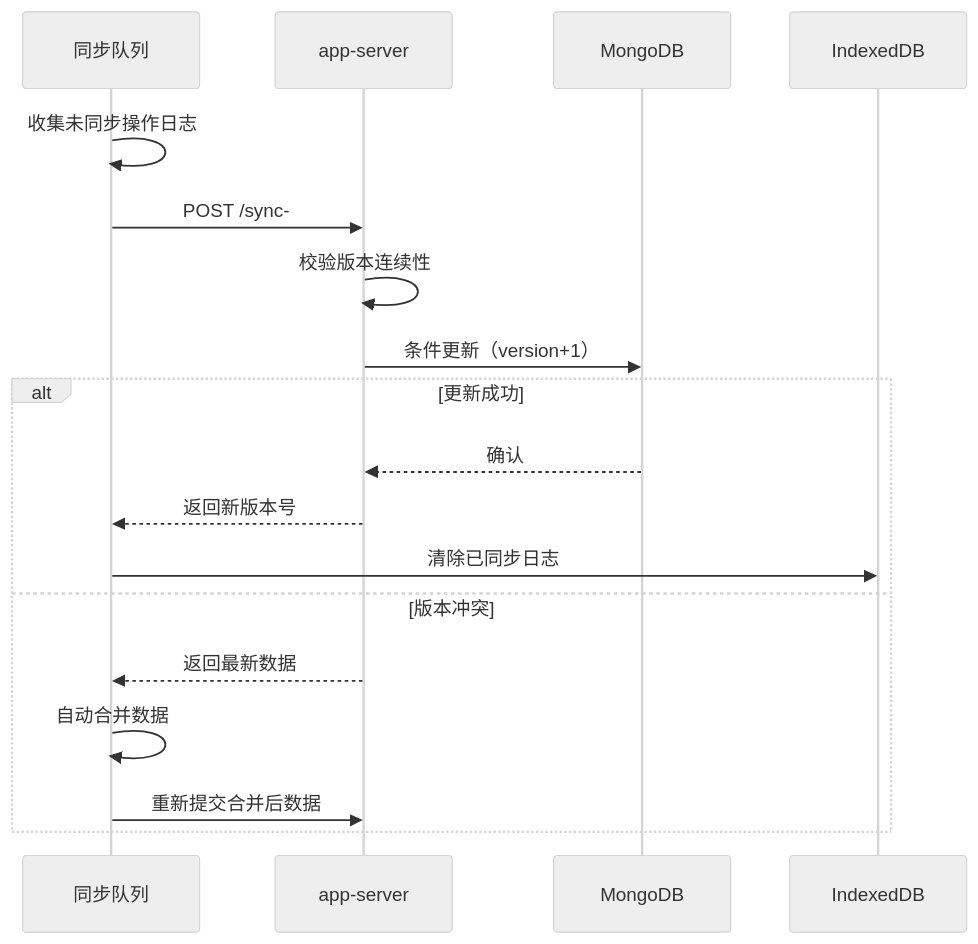
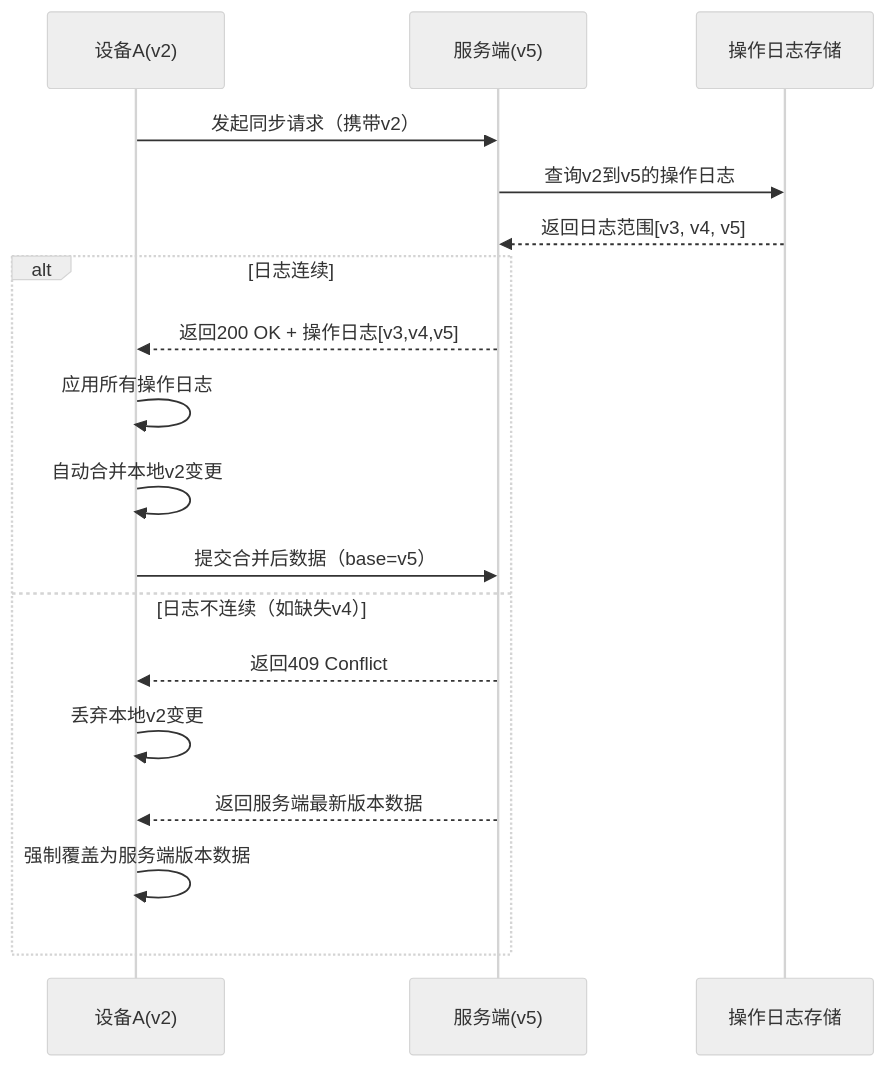
One commit to yingjianzh/iodraw-files changed the diagram in all/未命名-24.md. Above: the diagram before and after it, drawn with Mermaid (neutral theme).

Commit message:
2025-02-24 16:25:17 update

````diff
--- a/all/未命名-24.md
+++ b/all/未命名-24.md
@@ -1,23 +1,26 @@
 ```mermaid
 
 sequenceDiagram
-    participant 同步队列
-    participant app-server
-    participant MongoDB
+    participant A as 设备A(v2)
+    participant S as 服务端(v5)
+    participant DB as 操作日志存储
 
 
-    同步队列->>同步队列: 收集未同步操作日志
-    同步队列->>app-server: POST /sync-
-    app-server->>app-server: 校验版本连续性
-    app-server->>MongoDB: 条件更新（version+1）
-    alt 更新成功
-        MongoDB-->>app-server: 确认
-        app-server-->>同步队列: 返回新版本号
-        同步队列->>IndexedDB: 清除已同步日志
-    else 版本冲突
-        app-server-->>同步队列: 返回最新数据
-        同步队列->>同步队列: 自动合并数据
-        同步队列->>app-server: 重新提交合并后数据
+
+    A->>S: 发起同步请求（携带v2）
+    S->>DB: 查询v2到v5的操作日志
+    DB-->>S: 返回日志范围[v3, v4, v5]
+    
+    alt 日志连续
+        S-->>A: 返回200 OK + 操作日志[v3,v4,v5]
+        A->>A: 应用所有操作日志
+        A->>A: 自动合并本地v2变更
+        A->>S: 提交合并后数据（base=v5）
+    else 日志不连续（如缺失v4）
+        S-->>A: 返回409 Conflict
+        A->>A: 丢弃本地v2变更
+        S-->>A: 返回服务端最新版本数据
+        A->>A: 强制覆盖为服务端版本数据
     end
 
 ```
````
